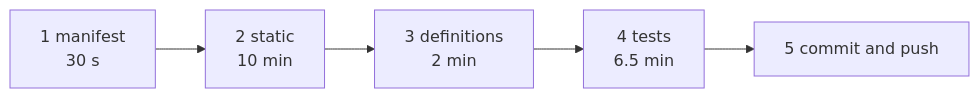
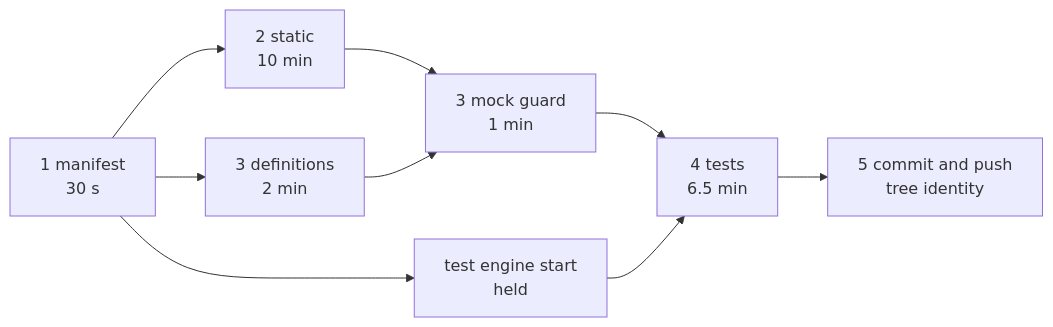
The diagram in docs/architecture/agent-harness-design/commit-gate-and-app-tests.md (superdurable/superverse), drawn with Mermaid before and after one commit. The commit also changed other lines of this file and 38 other files, not shown here.

````diff
--- a/docs/architecture/agent-harness-design/commit-gate-and-app-tests.md
+++ b/docs/architecture/agent-harness-design/commit-gate-and-app-tests.md
@@ -125,4 +130,11 @@
 ```mermaid
 flowchart LR
-  m["1 manifest<br/>30 s"] --> s["2 static<br/>10 min"] --> d["3 definitions<br/>2 min"] --> t["4 tests<br/>6.5 min"] --> p["5 commit and push"]
+  m["1 manifest<br/>30 s"] --> s["2 static<br/>10 min"]
+  m --> d["3 definitions<br/>2 min"]
+  m --> e["test engine start<br/>held"]
+  s --> g["3 mock guard<br/>1 min"]
+  d --> g
+  g --> t["4 tests<br/>6.5 min"]
+  e --> t
+  t --> p["5 commit and push<br/>tree identity"]
 ```
````
